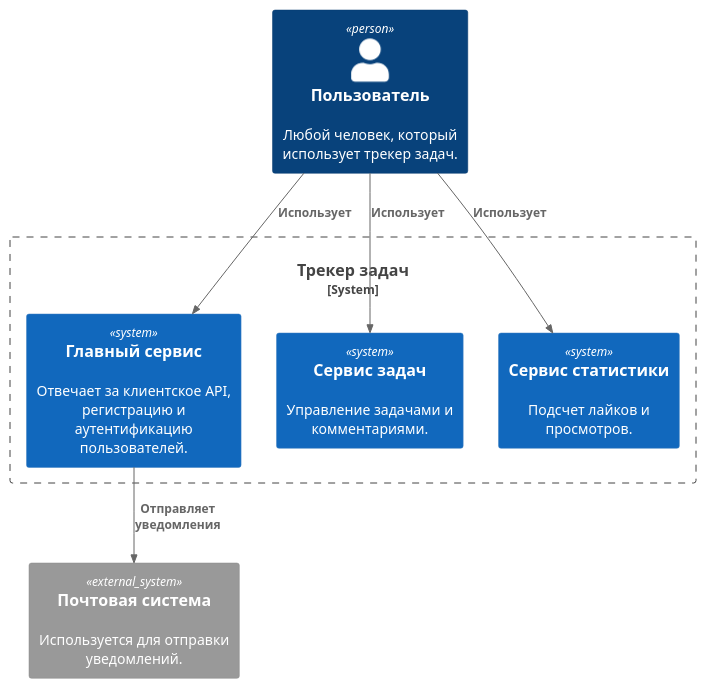
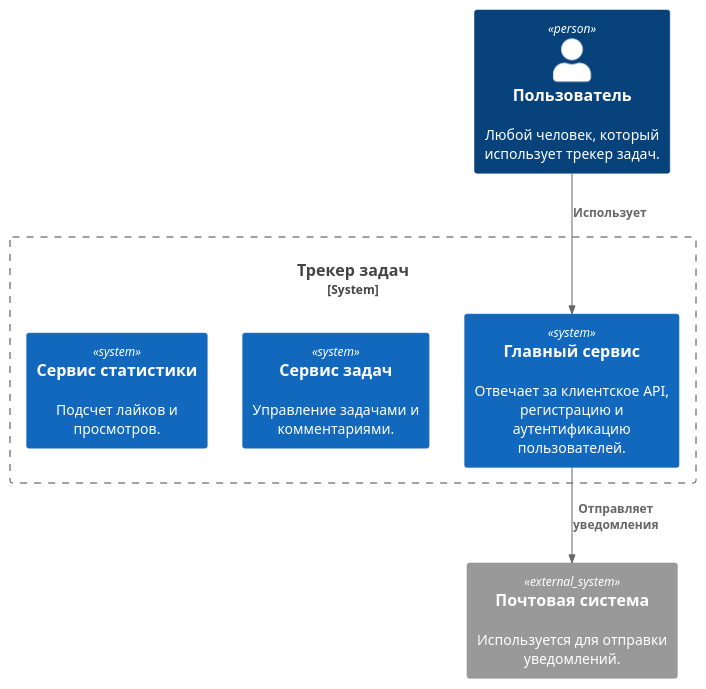
The diagram in tracker/doc/context_diagram.puml (HazyMrf/SOA), drawn with PlantUML before and after one commit. The commit also changed 3 other files, not shown here.

```diff
--- a/tracker/doc/context_diagram.puml
+++ b/tracker/doc/context_diagram.puml
@@ -1,19 +1,17 @@
 @startuml
 !include https://raw.githubusercontent.com/RicardoNiepel/C4-PlantUML/master/C4_Context.puml
 
 Person(user, "Пользователь", "Любой человек, который использует трекер задач.")
 
 System_Boundary(c1, "Трекер задач") {
     System(tracker_api, "Главный сервис", "Отвечает за клиентское API, регистрацию и аутентификацию пользователей.")
     System(tasks_service, "Сервис задач", "Управление задачами и комментариями.")
     System(stats_service, "Сервис статистики", "Подсчет лайков и просмотров.")
 }
 
 System_Ext(mail_system, "Почтовая система", "Используется для отправки уведомлений.")
 
 Rel(user, tracker_api, "Использует")
-Rel(user, tasks_service, "Использует")
-Rel(user, stats_service, "Использует")
 Rel(tracker_api, mail_system, "Отправляет уведомления")
 
 @enduml
```
